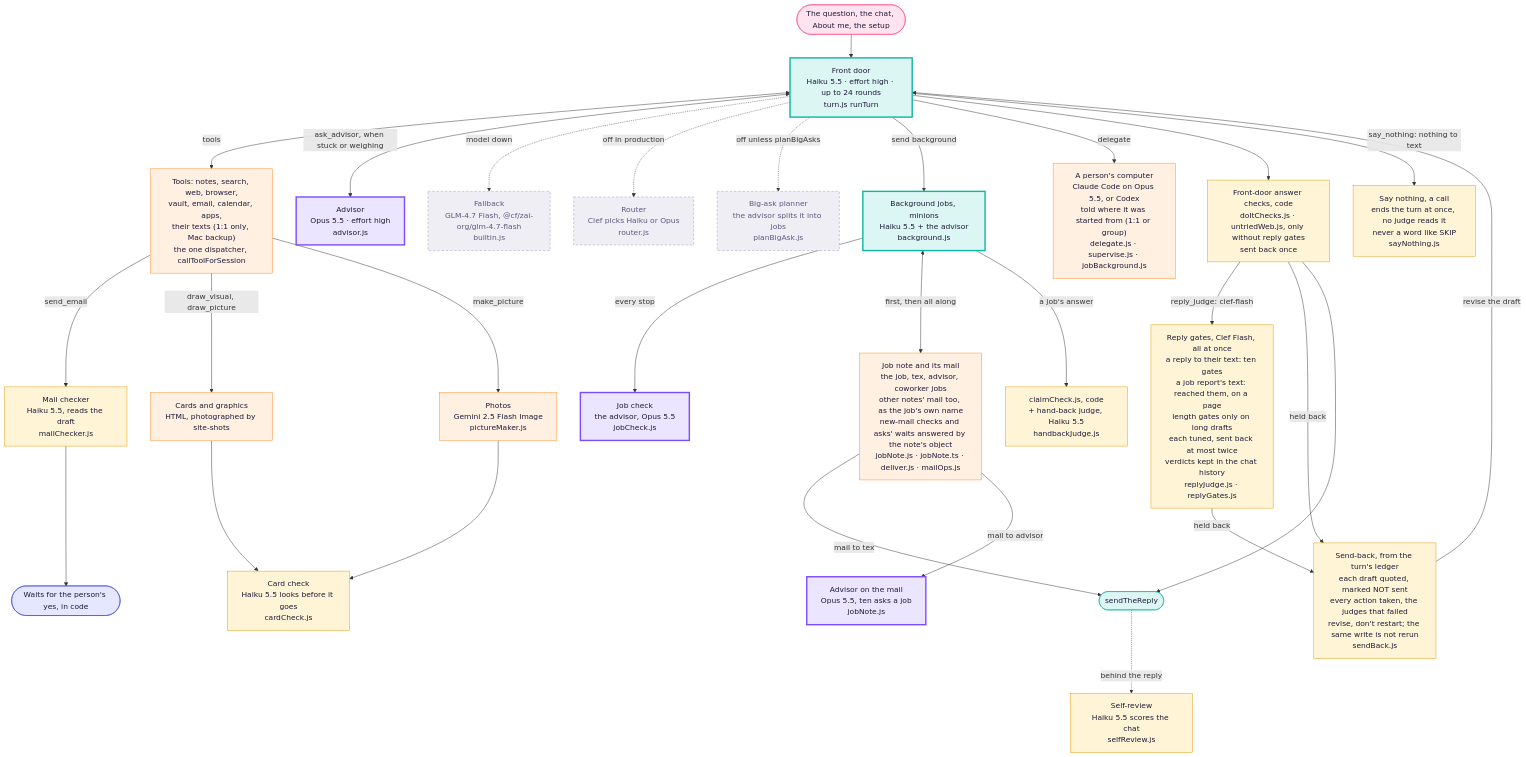
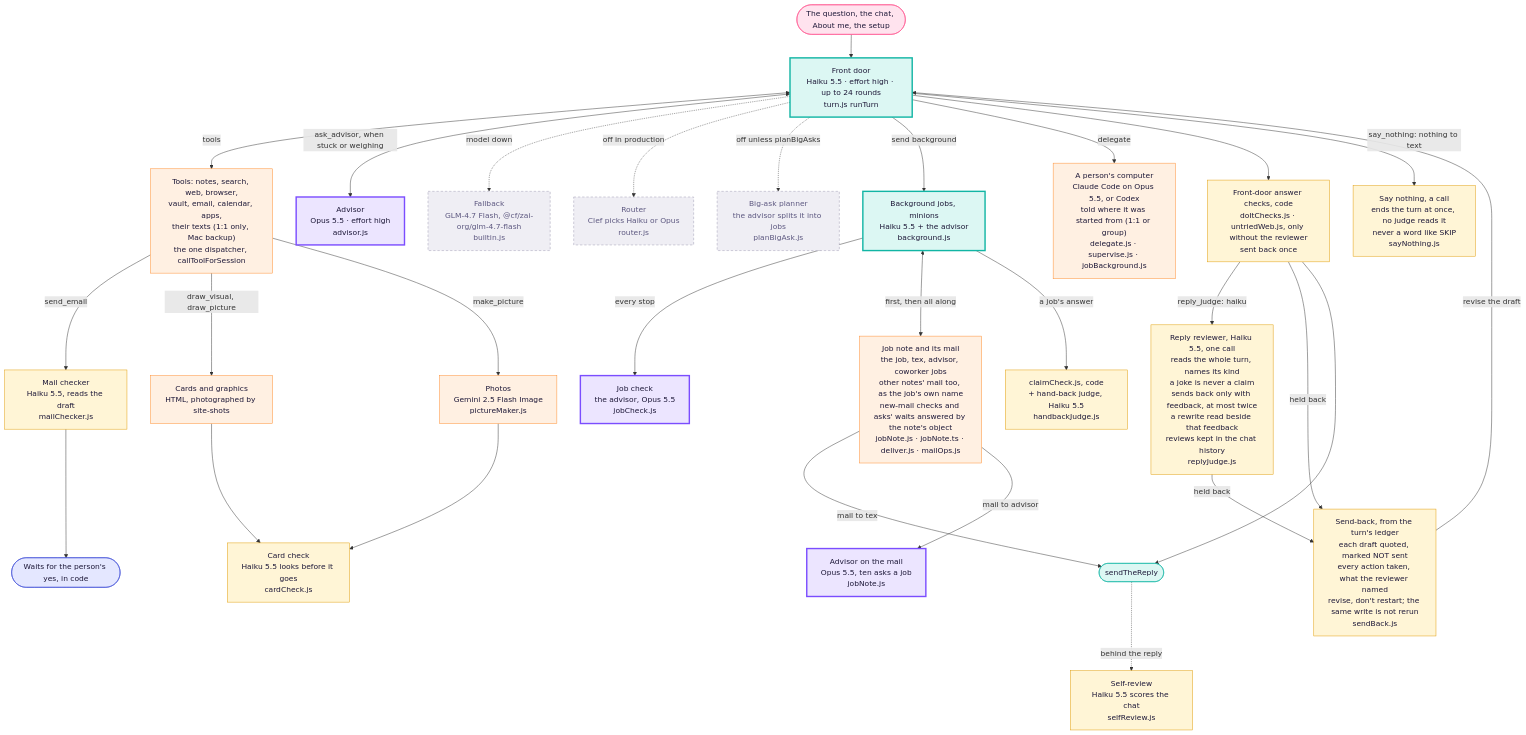
One commit to Supa-Media/context changed the third of 3 diagrams in docs/architecture/tex.md. Above: the diagram before and after it, drawn with Mermaid. The commit also changed other lines of this file and 41 other files, not shown here.

First line of the commit message:
Tex: one Haiku reviewer in place of the ten reply gates (#3104)

````diff
--- a/docs/architecture/tex.md
+++ b/docs/architecture/tex.md
@@ -112,43 +112,43 @@
 ```mermaid
 flowchart TB
   Q([The question, the chat, About me, the setup]):::you --> FD
   FD["Front door<br/>Haiku 5.5 · effort high · up to 24 rounds<br/>turn.js runTurn"]:::haiku
   FD <-->|tools| T["Tools: notes, search, web, browser,<br/>vault, email, calendar, apps,<br/>their texts (1:1 only, Mac backup)<br/>the one dispatcher, callToolForSession"]:::tool
   FD <-->|ask_advisor, when stuck or weighing| ADV["Advisor<br/>Opus 5.5 · effort high<br/>advisor.js"]:::opus
   FD -. model down .-> FB["Fallback<br/>GLM-4.7 Flash, @cf/zai-org/glm-4.7-flash<br/>builtin.js"]:::off
   FD -. off in production .-> RT["Router<br/>Clef picks Haiku or Opus<br/>router.js"]:::off
   FD -. off unless planBigAsks .-> PL["Big-ask planner<br/>the advisor splits it into jobs<br/>planBigAsk.js"]:::off
 
   FD -->|send background| JOB["Background jobs, minions<br/>Haiku 5.5 + the advisor<br/>background.js"]:::haiku
   JOB -->|every stop| JC["Job check<br/>the advisor, Opus 5.5<br/>jobCheck.js"]:::opus
   JOB <-->|first, then all along| JN["Job note and its mail<br/>the job, tex, advisor, coworker jobs<br/>other notes' mail too, as the job's own name<br/>new-mail checks and asks' waits answered by the note's object<br/>jobNote.js · jobNote.ts · deliver.js · mailOps.js"]:::tool
   JN -->|mail to tex| SEND
   JN -->|mail to advisor| JNA["Advisor on the mail<br/>Opus 5.5, ten asks a job<br/>jobNote.js"]:::opus
   JOB -->|a job's answer| JCK["claimCheck.js, code<br/>+ hand-back judge, Haiku 5.5<br/>handbackJudge.js"]:::judge
   FD -->|delegate| DL["A person's computer<br/>Claude Code on Opus 5.5, or Codex<br/>told where it was started from (1:1 or group)<br/>delegate.js · supervise.js · jobBackground.js"]:::tool
 
   T -->|send_email| MC["Mail checker<br/>Haiku 5.5, reads the draft<br/>mailChecker.js"]:::judge
   MC --> YES([Waits for the person's yes, in code]):::rail
   T -->|draw_visual, draw_picture| PIC["Cards and graphics<br/>HTML, photographed by site-shots"]:::tool
   T -->|make_picture| IMG["Photos<br/>Gemini 2.5 Flash Image<br/>pictureMaker.js"]:::tool
   PIC --> CC["Card check<br/>Haiku 5.5 looks before it goes<br/>cardCheck.js"]:::judge
   IMG --> CC
 
-  FD --> CHK["Front-door answer checks, code<br/>doItChecks.js · untriedWeb.js, only without reply gates<br/>sent back once"]:::judge
+  FD --> CHK["Front-door answer checks, code<br/>doItChecks.js · untriedWeb.js, only without the reviewer<br/>sent back once"]:::judge
   FD -->|say_nothing: nothing to text| QT["Say nothing, a call<br/>ends the turn at once, no judge reads it<br/>never a word like SKIP<br/>sayNothing.js"]:::judge
-  CHK -->|reply_judge: clef-flash| RJ["Reply gates, Clef Flash, all at once<br/>a reply to their text: ten gates<br/>a job report's text: reached them, on a page<br/>length gates only on long drafts<br/>each tuned, sent back at most twice<br/>verdicts kept in the chat history<br/>replyJudge.js · replyGates.js"]:::judge
-  CHK -->|held back| SB["Send-back, from the turn's ledger<br/>each draft quoted, marked NOT sent<br/>every action taken, the judges that failed<br/>revise, don't restart; the same write is not rerun<br/>sendBack.js"]:::judge
+  CHK -->|reply_judge: haiku| RJ["Reply reviewer, Haiku 5.5, one call<br/>reads the whole turn, names its kind<br/>a joke is never a claim<br/>sends back only with feedback, at most twice<br/>a rewrite read beside that feedback<br/>reviews kept in the chat history<br/>replyJudge.js"]:::judge
+  CHK -->|held back| SB["Send-back, from the turn's ledger<br/>each draft quoted, marked NOT sent<br/>every action taken, what the reviewer named<br/>revise, don't restart; the same write is not rerun<br/>sendBack.js"]:::judge
   RJ -->|held back| SB
   SB -->|revise the draft| FD
   CHK --> SEND([sendTheReply]):::door
   SEND -. behind the reply .-> SR["Self-review<br/>Haiku 5.5 scores the chat<br/>selfReview.js"]:::judge
 
   classDef you fill:#ffe3ee,stroke:#ff4f8b,color:#1d1838
   classDef haiku fill:#dcf7f3,stroke:#11b5a4,stroke-width:3px,color:#1d1838
   classDef opus fill:#ece5ff,stroke:#7b4dff,stroke-width:3px,color:#1d1838
   classDef judge fill:#fff5d6,stroke:#e09a00,color:#1d1838
   classDef tool fill:#fff0e2,stroke:#ff8a2a,color:#1d1838
   classDef rail fill:#e4e7ff,stroke:#3c4bd6,color:#1d1838
   classDef door fill:#dcf7f3,stroke:#11b5a4,color:#1d1838
   classDef off fill:#efeef4,stroke:#9a97b0,stroke-dasharray:5 4,color:#5d5880
 ```
````
